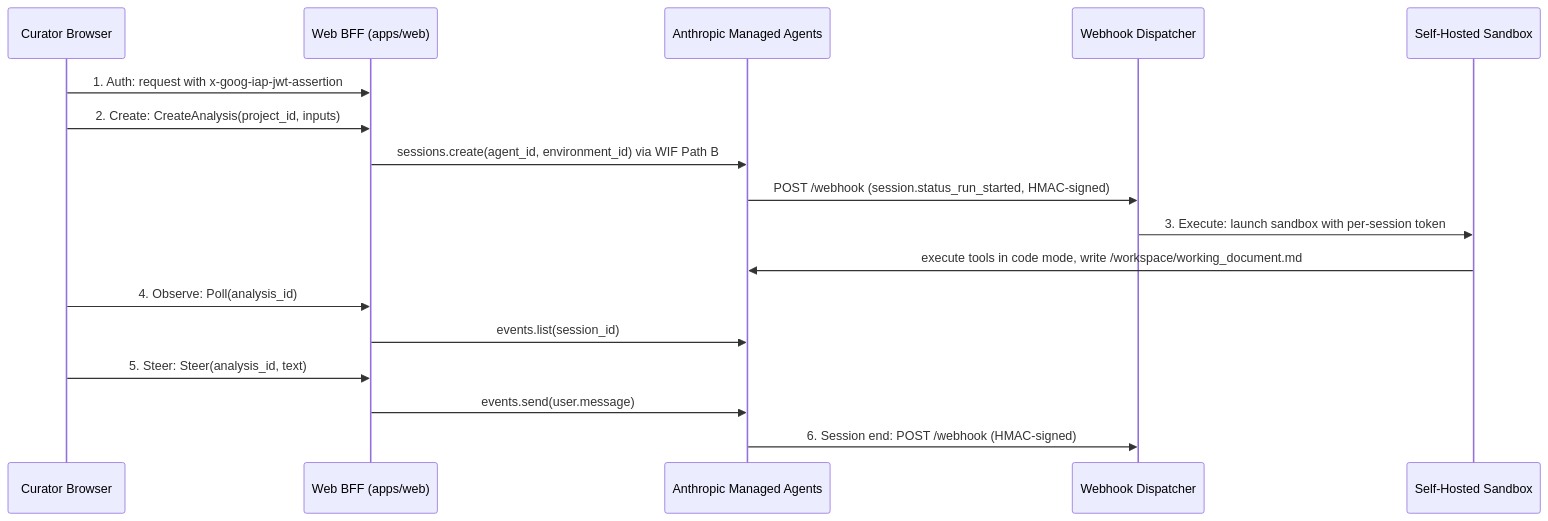
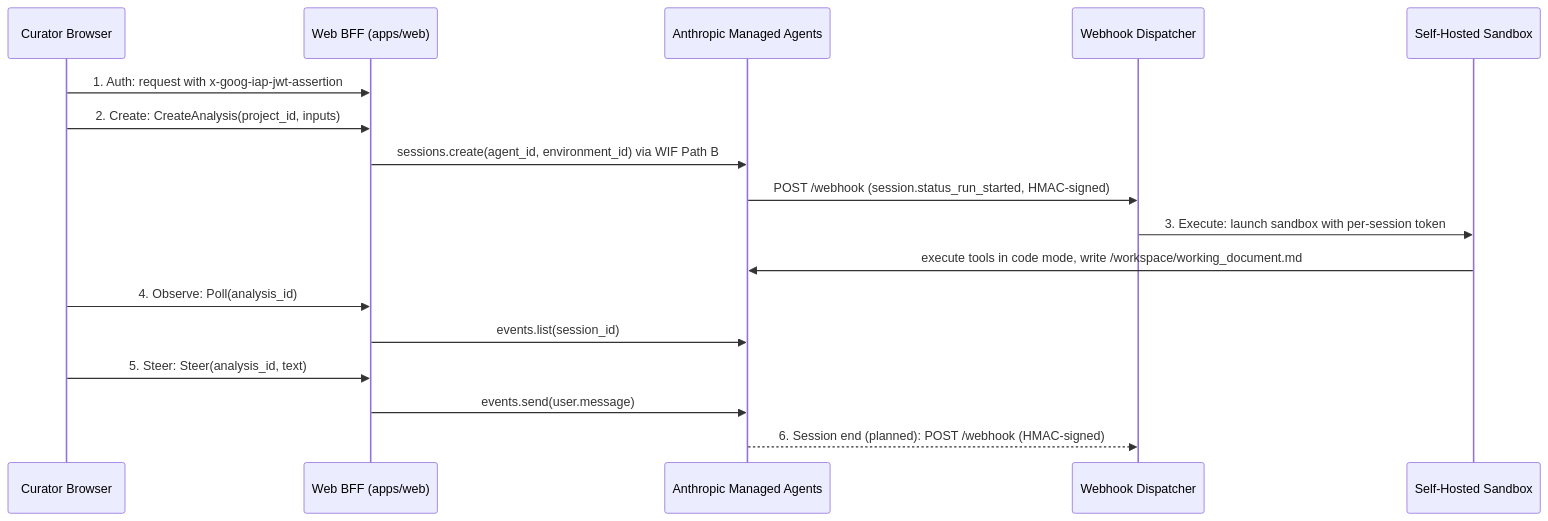
One commit to populationgenomics/themis changed the diagram in docs/design/managed-agents.md. Above: the diagram before and after it, drawn with Mermaid. The commit also changed other lines of this file and 2 other files, not shown here.

````diff
--- a/docs/design/managed-agents.md
+++ b/docs/design/managed-agents.md
@@ -44,20 +43,20 @@
 ```mermaid
 sequenceDiagram
     participant Browser as Curator Browser
     participant BFF as Web BFF (apps/web)
     participant MA as Anthropic Managed Agents
     participant Disp as Webhook Dispatcher
     participant Sandbox as Self-Hosted Sandbox
 
     Browser->>BFF: 1. Auth: request with x-goog-iap-jwt-assertion
     Browser->>BFF: 2. Create: CreateAnalysis(project_id, inputs)
     BFF->>MA: sessions.create(agent_id, environment_id) via WIF Path B
     MA->>Disp: POST /webhook (session.status_run_started, HMAC-signed)
     Disp->>Sandbox: 3. Execute: launch sandbox with per-session token
     Sandbox->>MA: execute tools in code mode, write /workspace/working_document.md
     Browser->>BFF: 4. Observe: Poll(analysis_id)
     BFF->>MA: events.list(session_id)
     Browser->>BFF: 5. Steer: Steer(analysis_id, text)
     BFF->>MA: events.send(user.message)
-    MA->>Disp: 6. Session end: POST /webhook (HMAC-signed)
+    MA-->>Disp: 6. Session end (planned): POST /webhook (HMAC-signed)
 ```
````
